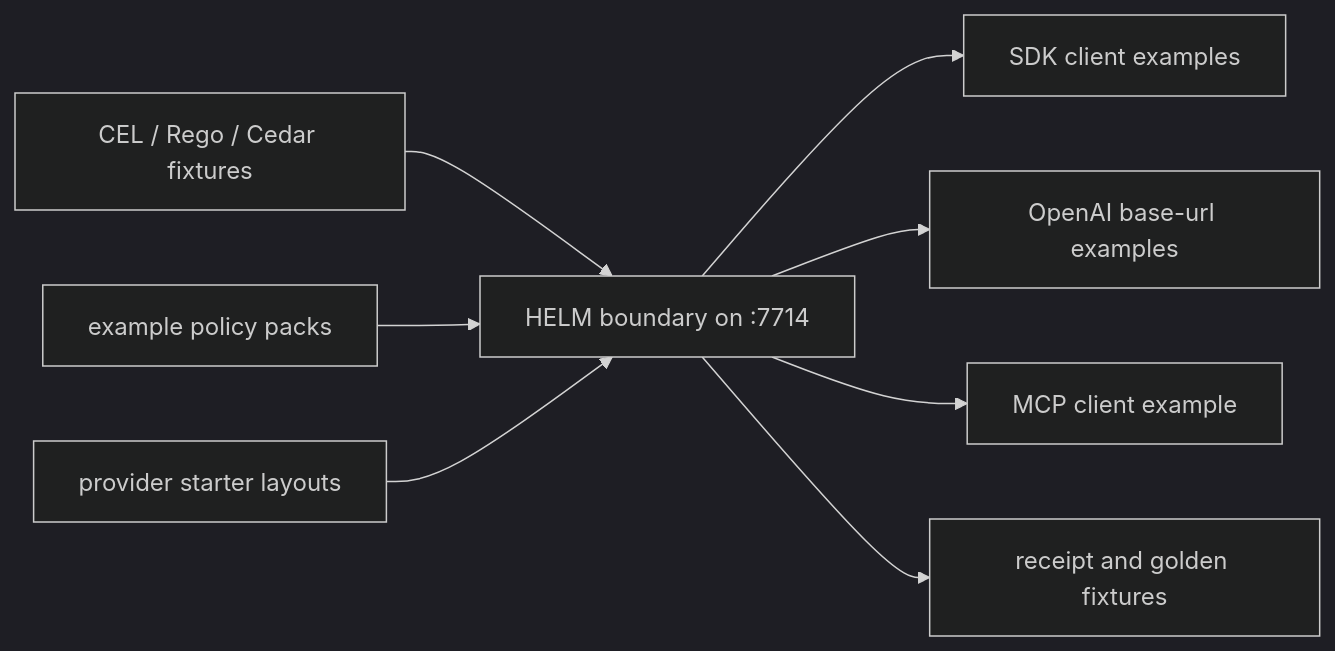
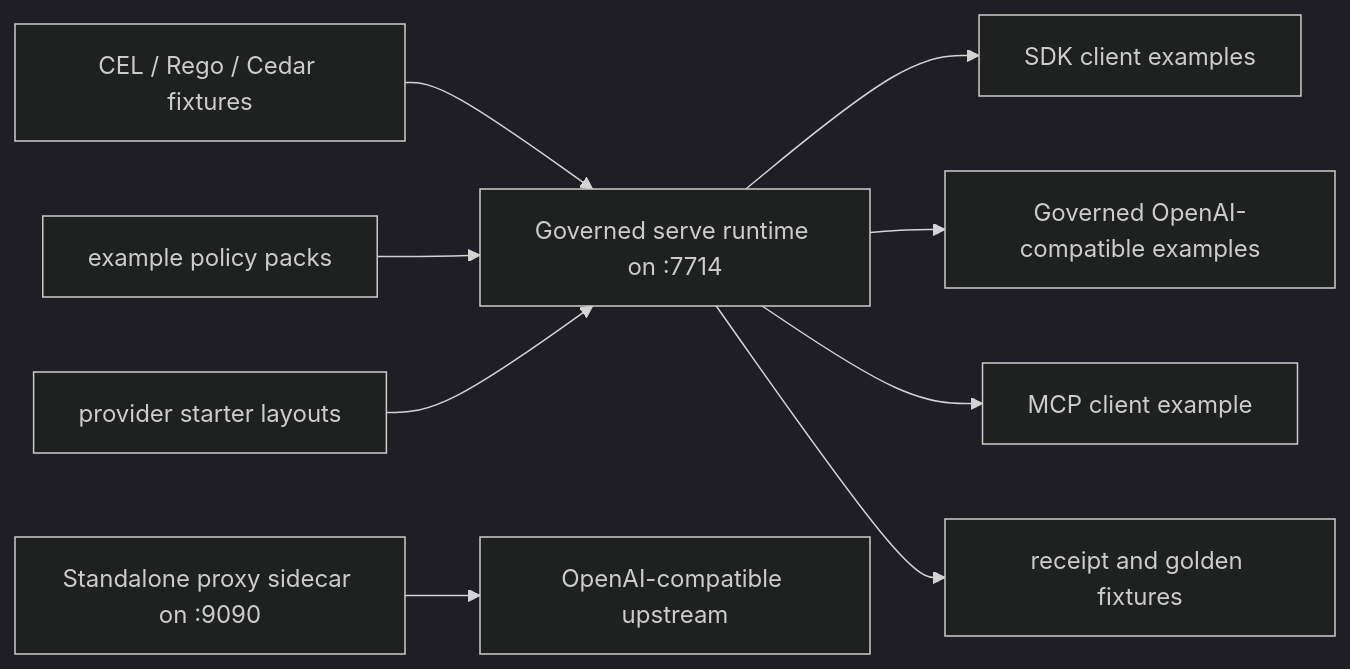
One commit to Mindburn-Labs/helm-ai-kernel changed the diagram in examples/README.md. Above: the diagram before and after it, drawn with Mermaid (dark theme). The commit also changed other lines of this file and 21 other files, not shown here.

Commit message:
fix(runtime): isolate upstream provider credentials

````diff
--- a/examples/README.md
+++ b/examples/README.md
@@ -10,10 +10,11 @@
 ```mermaid
 flowchart LR
-  server["HELM boundary on :7714"] --> sdk["SDK client examples"]
-  server --> proxy["OpenAI base-url examples"]
+  server["Governed serve runtime on :7714"] --> sdk["SDK client examples"]
+  server --> chat["Governed OpenAI-compatible examples"]
   server --> mcp["MCP client example"]
   server --> receipts["receipt and golden fixtures"]
+  sidecar["Standalone proxy sidecar on :9090"] --> upstream["OpenAI-compatible upstream"]
   policies["CEL / Rego / Cedar fixtures"] --> server
   packs["example policy packs"] --> server
   starters["provider starter layouts"] --> server
 ```
````
